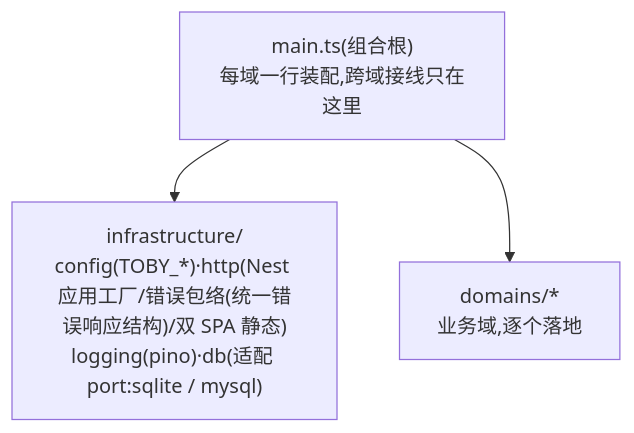
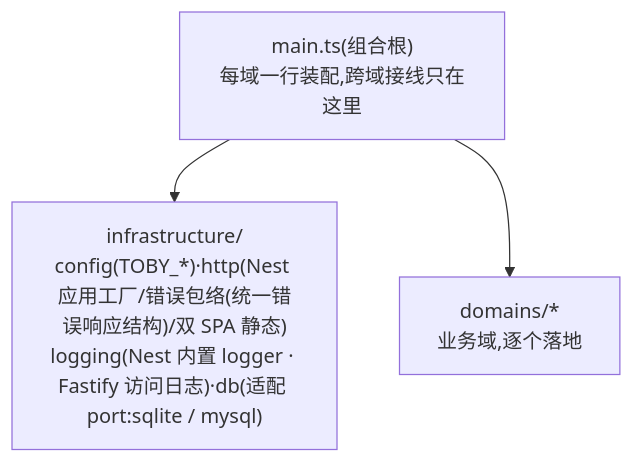
Before and after one commit to dengyusys/toby: the third of 3 diagrams in docs/system-overview.zh.md, drawn with Mermaid. The commit also changed other lines of this file and 68 other files, not shown here.

Commit message:
refactor(server): migrate to idiomatic NestJS modules, DI, and built-in logger

````diff
--- a/docs/system-overview.zh.md
+++ b/docs/system-overview.zh.md
@@ -114,8 +114,8 @@
 ```mermaid
 flowchart TB
     BOOT["main.ts(组合根)<br/>每域一行装配,跨域接线只在这里"]
-    INFRA["infrastructure/<br/>config(TOBY_*)·http(Nest 应用工厂/错误包络(统一错误响应结构)/双 SPA 静态)<br/>logging(pino)·db(适配 port:sqlite / mysql)"]
+    INFRA["infrastructure/<br/>config(TOBY_*)·http(Nest 应用工厂/错误包络(统一错误响应结构)/双 SPA 静态)<br/>logging(Nest 内置 logger · Fastify 访问日志)·db(适配 port:sqlite / mysql)"]
     DOM["domains/*<br/>业务域,逐个落地"]
     BOOT --> INFRA
     BOOT --> DOM
 ```
````
